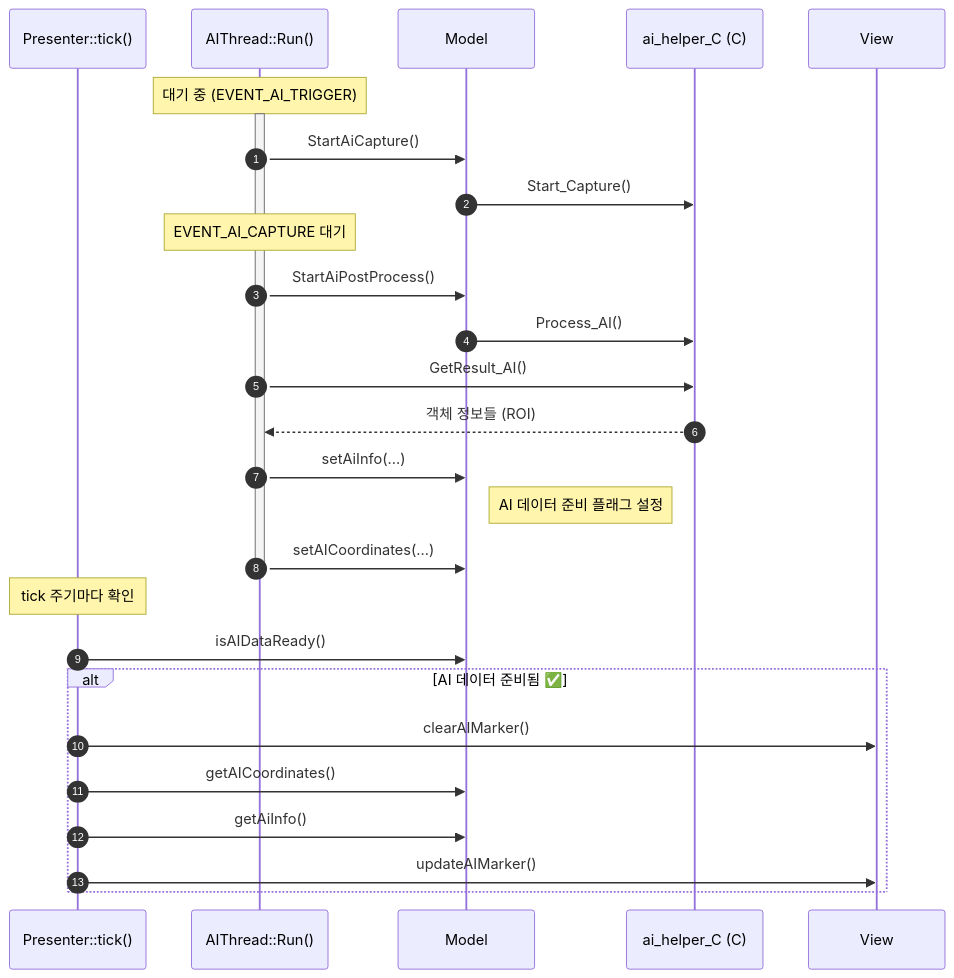
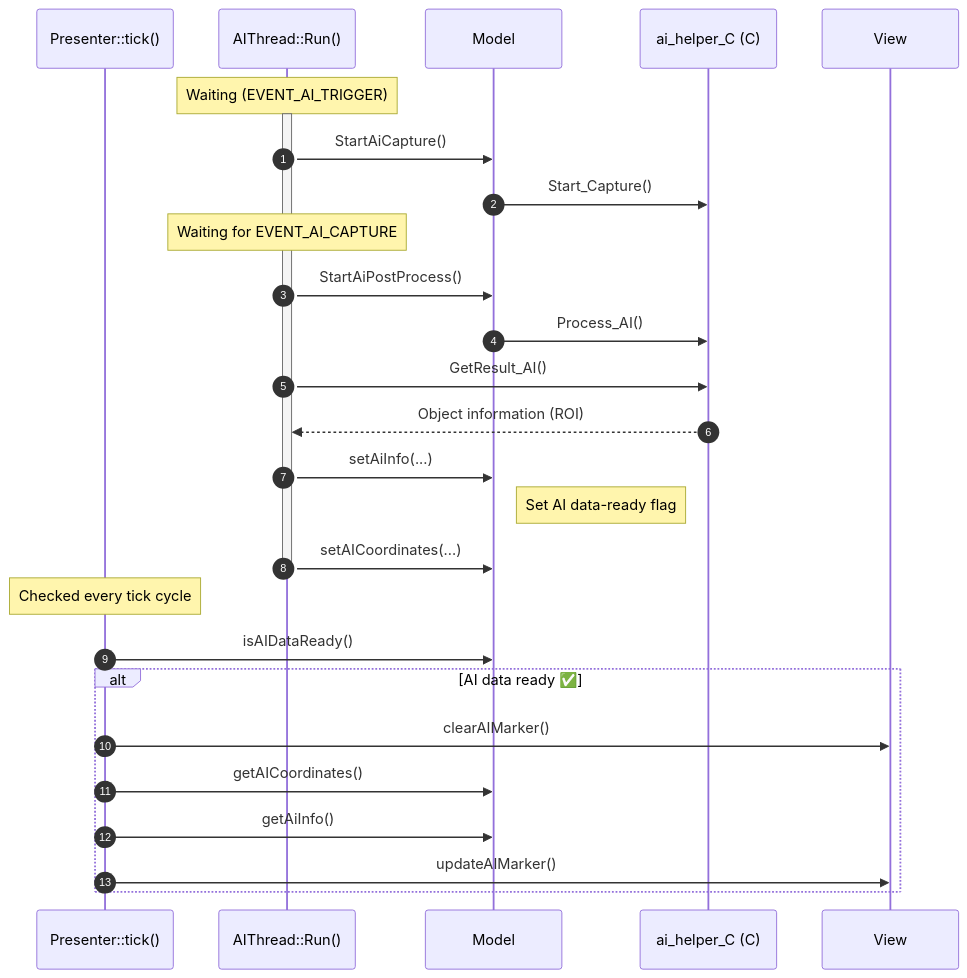
Before and after one commit to Han-Sang-min/STM32N6_AI: the second of 4 diagrams in README.md, drawn with Mermaid. The commit also changed other lines of this file, not shown here.

````diff
--- a/README.md
+++ b/README.md
@@ -82,37 +80,37 @@
 ```mermaid
 sequenceDiagram
     autonumber
     participant Presenter as Presenter::tick()
     participant AIThread as AIThread::Run()
     participant Model as Model
     participant AIHelper as ai_helper_C (C)
     participant View as View
 
-    Note over AIThread: 대기 중 (EVENT_AI_TRIGGER)
+    Note over AIThread: Waiting (EVENT_AI_TRIGGER)
 
     activate AIThread
     AIThread->>Model: StartAiCapture()
     Model->>AIHelper: Start_Capture()
-    Note over AIThread: EVENT_AI_CAPTURE 대기
+    Note over AIThread: Waiting for EVENT_AI_CAPTURE
 
     AIThread->>Model: StartAiPostProcess()
     Model->>AIHelper: Process_AI()
     AIThread->>AIHelper: GetResult_AI()
-    AIHelper-->>AIThread: 객체 정보들 (ROI)
+    AIHelper-->>AIThread: Object information (ROI)
 
     AIThread->>Model: setAiInfo(...)
-    Note right of Model: AI 데이터 준비 플래그 설정
+    Note right of Model: Set AI data-ready flag
     AIThread->>Model: setAICoordinates(...)
 
     deactivate AIThread
 
-    Note over Presenter: tick 주기마다 확인
+    Note over Presenter: Checked every tick cycle
     Presenter->>Model: isAIDataReady()
-    alt AI 데이터 준비됨 ✅
+    alt AI data ready ✅
         Presenter->>View: clearAIMarker()
         Presenter->>Model: getAICoordinates()
         Presenter->>Model: getAiInfo()
         Presenter->>View: updateAIMarker()
     end
 
 ```
````
